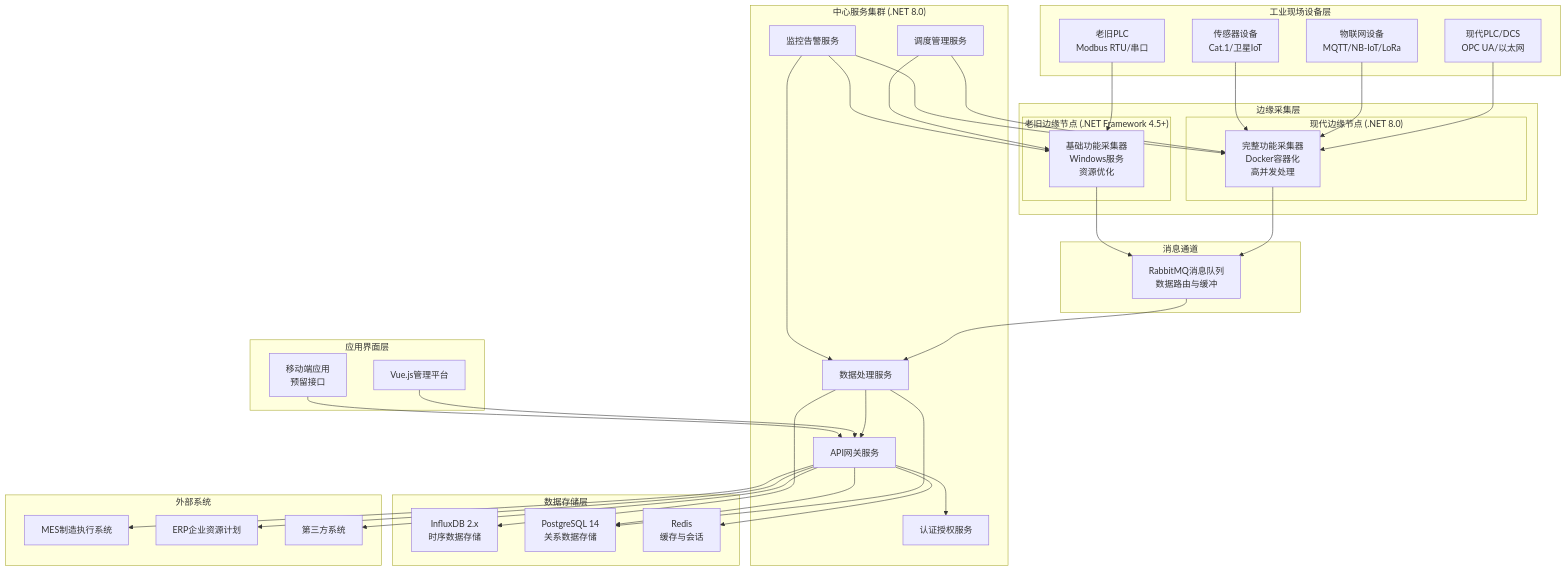
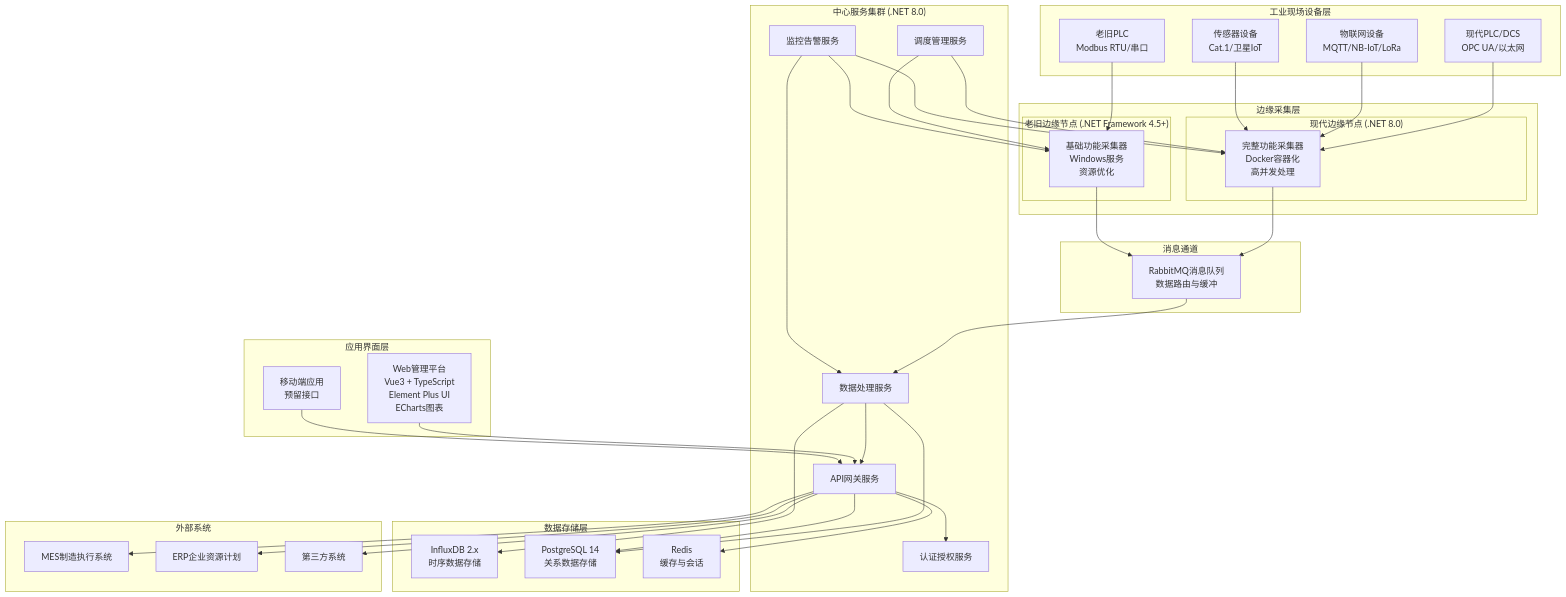
The second of 19 diagrams in 01_Doc/01_PJDesign/05_LLD_工业数据采集系统详细设计.md (eatbs0956/FA_Device_Data_Collector_Public), drawn with Mermaid before and after one commit. The commit also changed other lines of this file, not shown here.

```diff
--- a/01_Doc/01_PJDesign/05_LLD_工业数据采集系统详细设计.md
+++ b/01_Doc/01_PJDesign/05_LLD_工业数据采集系统详细设计.md
@@ -297,7 +361,7 @@
   end
   
   subgraph "应用界面层"
-    Web[Vue.js管理平台]
+    Web[Web管理平台<br/>Vue3 + TypeScript<br/>Element Plus UI<br/>ECharts图表]
     Mobile[移动端应用<br/>预留接口]
   end
   
```
